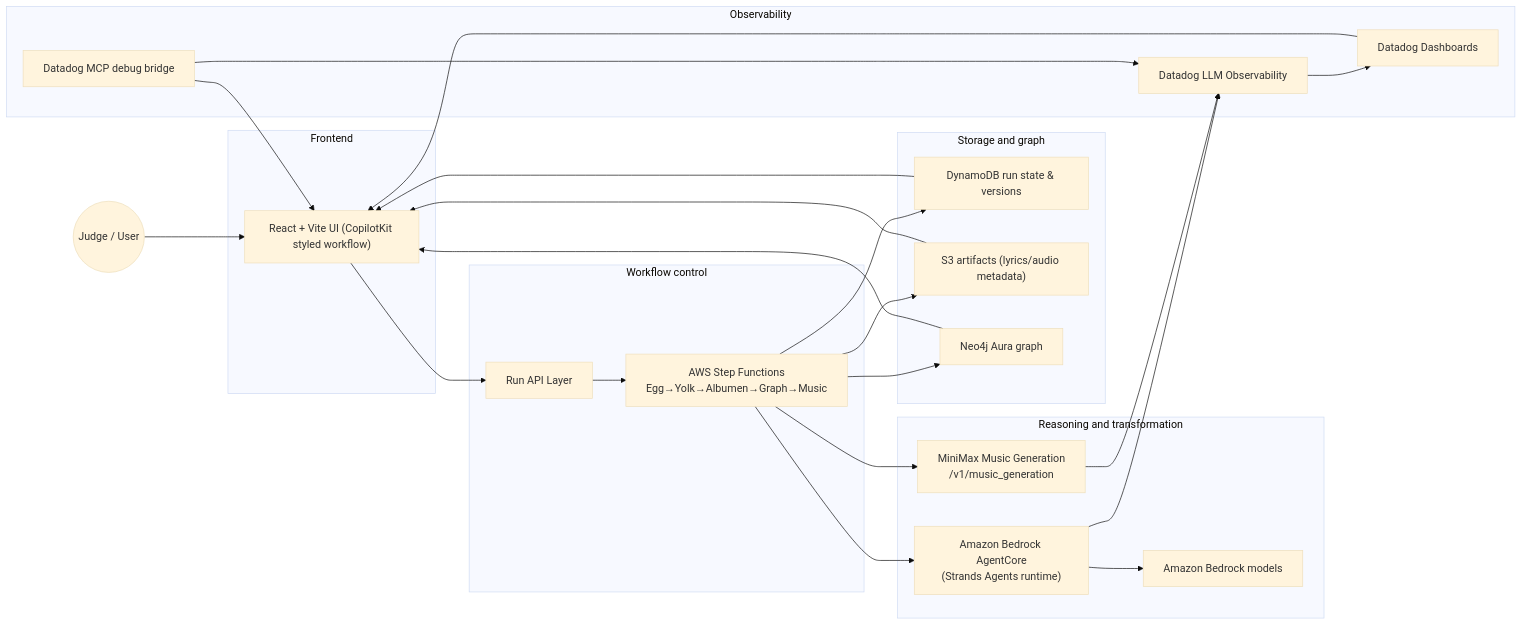
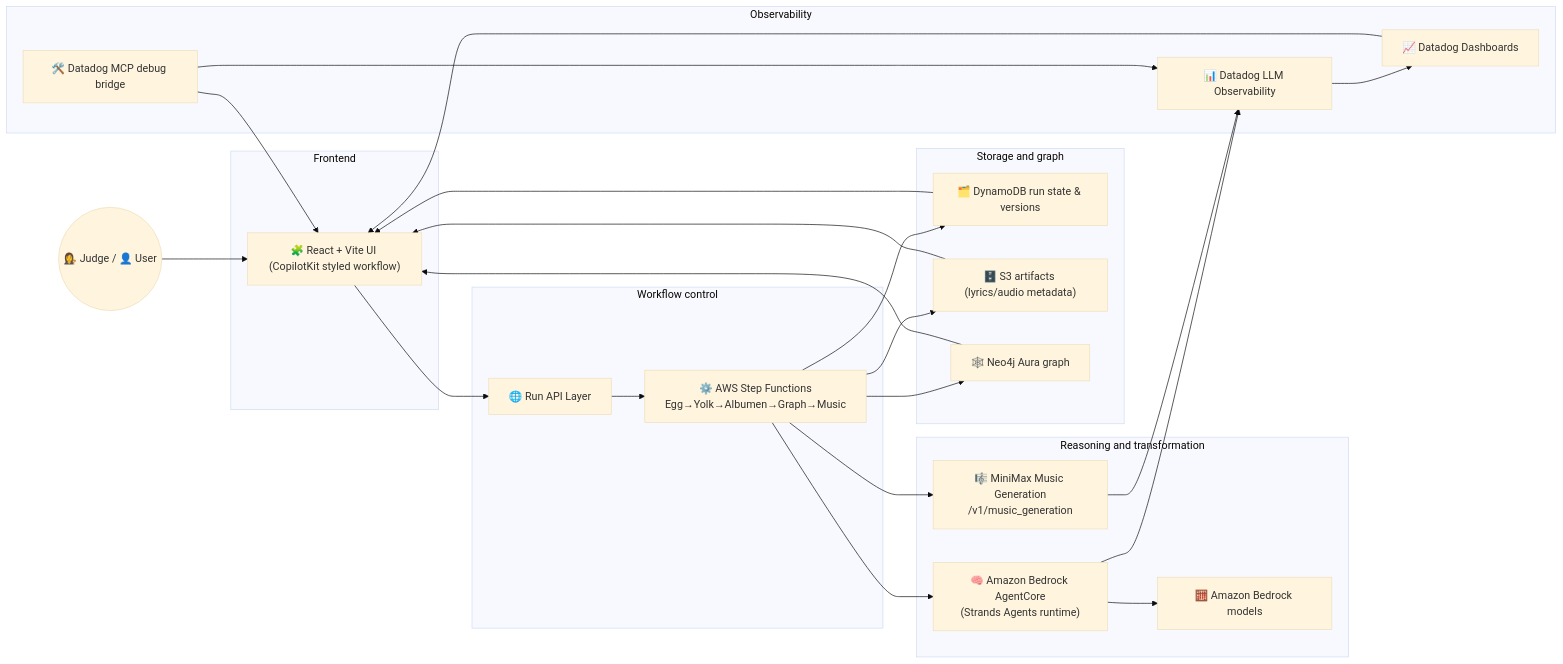
Before and after one commit to kirilligum/lyrebird-awsloft-hack260220: the second of 2 diagrams in README.md, drawn with Mermaid (base theme). The commit also changed other lines of this file and 6 other files, not shown here.

````diff
--- a/README.md
+++ b/README.md
@@ -52,47 +52,47 @@
 ```mermaid
 flowchart LR
   subgraph Client["Frontend"]
-    FE["React + Vite UI (CopilotKit styled workflow)"] 
+    FE["🧩 React + Vite UI (CopilotKit styled workflow)"] 
   end
 
   subgraph Orchestration["Workflow control"]
-    SFn["AWS Step Functions<br/>Egg→Yolk→Albumen→Graph→Music"]
-    API["Run API Layer"]
+    SFn["⚙️ AWS Step Functions<br/>Egg→Yolk→Albumen→Graph→Music"]
+    API["🌐 Run API Layer"]
   end
 
   subgraph Agents["Reasoning and transformation"]
-    AgentCore["Amazon Bedrock AgentCore<br/>(Strands Agents runtime)"]
-    Bedrock["Amazon Bedrock models"]
-    MiniMax["MiniMax Music Generation<br/>/v1/music_generation"]
+    AgentCore["🧠 Amazon Bedrock AgentCore<br/>(Strands Agents runtime)"]
+    Bedrock["🧮 Amazon Bedrock models"]
+    MiniMax["🎼 MiniMax Music Generation<br/>/v1/music_generation"]
   end
 
   subgraph Data["Storage and graph"]
-    DDB["DynamoDB run state & versions"]
-    S3["S3 artifacts (lyrics/audio metadata)"]
-    Neo4j["Neo4j Aura graph"]
+    DDB["🗂️ DynamoDB run state & versions"]
+    S3["🗄️ S3 artifacts (lyrics/audio metadata)"]
+    Neo4j["🕸️ Neo4j Aura graph"]
   end
 
   subgraph Ops["Observability"]
-    DDTrace["Datadog LLM Observability"]
-    DDDash["Datadog Dashboards"]
-    DDmcp["Datadog MCP debug bridge"]
+    DDTrace["📊 Datadog LLM Observability"]
+    DDDash["📈 Datadog Dashboards"]
+    DDmcp["🛠️ Datadog MCP debug bridge"]
   end
 
-  User((Judge / User)) --> FE
+  User((👩‍⚖️ Judge / 👤 User)) --> FE
   FE --> API
   API --> SFn
   SFn --> AgentCore --> Bedrock
   SFn --> Neo4j
   SFn --> MiniMax
   SFn --> DDB
   SFn --> S3
   AgentCore --> DDTrace
   MiniMax --> DDTrace
   DDB --> FE
   S3 --> FE
   Neo4j --> FE
   DDTrace --> DDDash
   DDmcp --> DDTrace
   DDDash --> FE
   DDmcp --> FE
 ```
````
